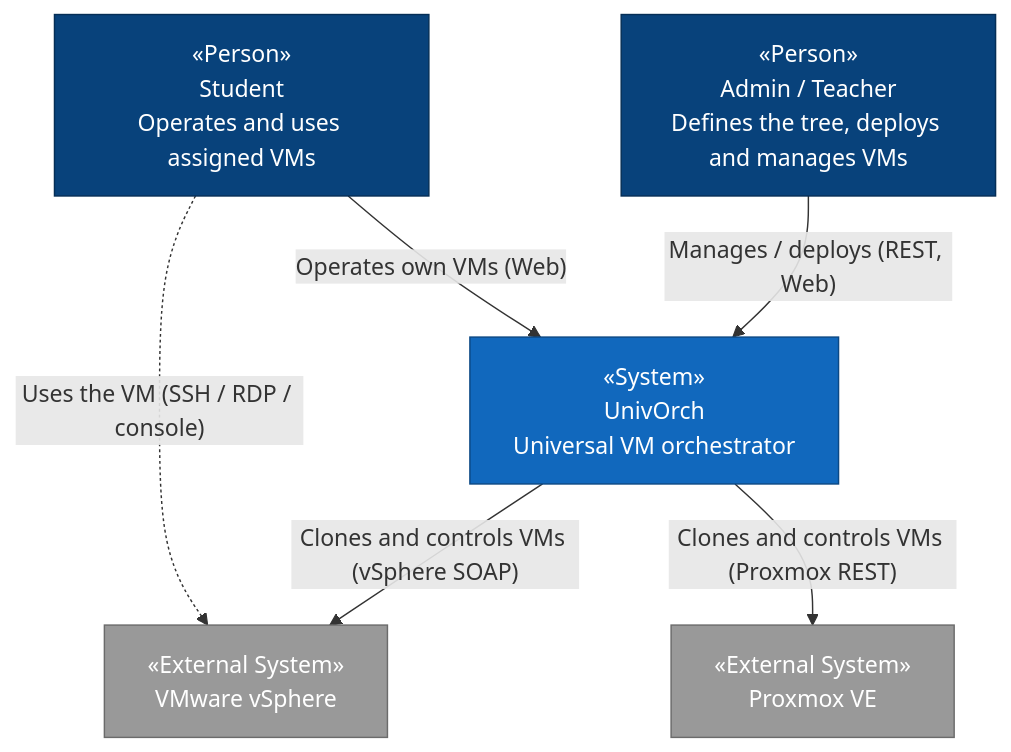
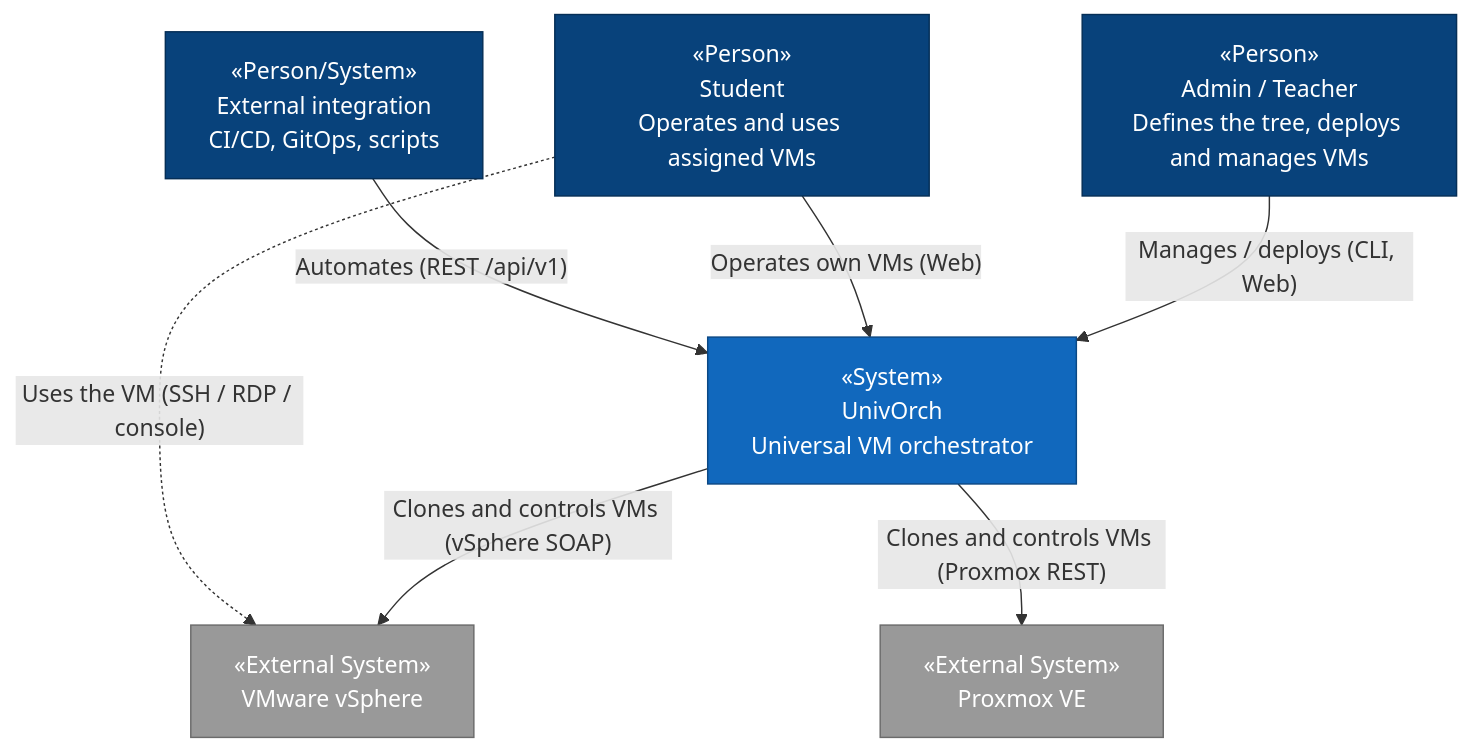
One commit to clamaveruma/univorch changed the first of 6 diagrams in docs/diagrams.md. Above: the diagram before and after it, drawn with Mermaid. The commit also changed other lines of this file and 14 other files, not shown here.

First line of the commit message:
docs/memoria: integrar 9 diagramas Mermaid en el capitulo 4

````diff
--- a/docs/diagrams.md
+++ b/docs/diagrams.md
@@ -27,18 +29,20 @@
 ```mermaid
 flowchart TB
     admin["«Person»<br/>Admin / Teacher<br/>Defines the tree, deploys and manages VMs"]:::person
     student["«Person»<br/>Student<br/>Operates and uses assigned VMs"]:::person
+    integrator["«Person/System»<br/>External integration<br/>CI/CD, GitOps, scripts"]:::person
     univorch["«System»<br/>UnivOrch<br/>Universal VM orchestrator"]:::system
     vmware["«External System»<br/>VMware vSphere"]:::ext
     proxmox["«External System»<br/>Proxmox VE"]:::ext
 
-    admin -->|"Manages / deploys (REST, Web)"| univorch
+    admin -->|"Manages / deploys (CLI, Web)"| univorch
     student -->|"Operates own VMs (Web)"| univorch
+    integrator -->|"Automates (REST /api/v1)"| univorch
     univorch -->|"Clones and controls VMs (vSphere SOAP)"| vmware
     univorch -->|"Clones and controls VMs (Proxmox REST)"| proxmox
     student -.->|"Uses the VM (SSH / RDP / console)"| vmware
 
     classDef person fill:#08427b,color:#fff,stroke:#052e56;
     classDef system fill:#1168bd,color:#fff,stroke:#0b4884;
     classDef ext fill:#999999,color:#fff,stroke:#6b6b6b;
 ```
````
